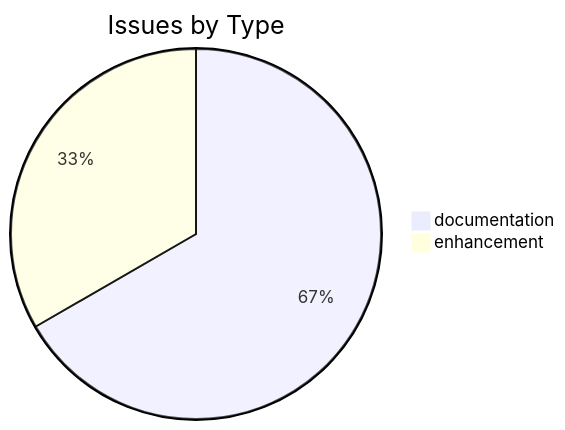
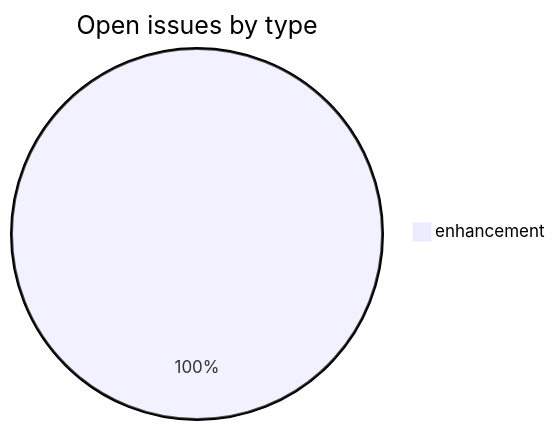
Before and after one commit to sanskrit-lexicon/literarysource: the first of 2 diagrams in README.md, drawn with Mermaid. The commit also changed other lines of this file, not shown here.

````diff
--- a/README.md
+++ b/README.md
@@ -17,5 +28,4 @@
 ```mermaid
-pie title Issues by Type
-    "documentation" : 2
-    "enhancement" : 1
+pie title Open issues by type
+    "enhancement" : 3
 ```
````
